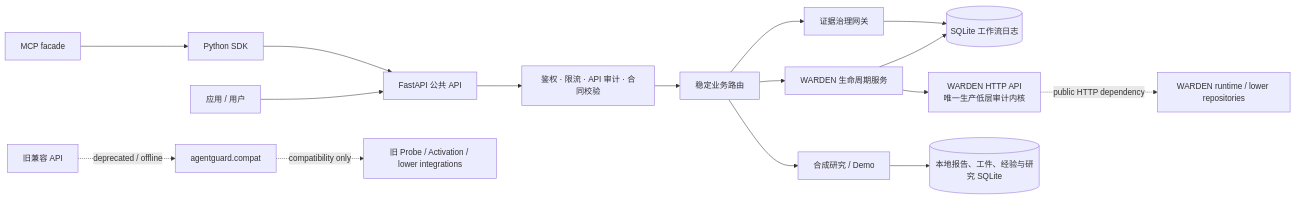
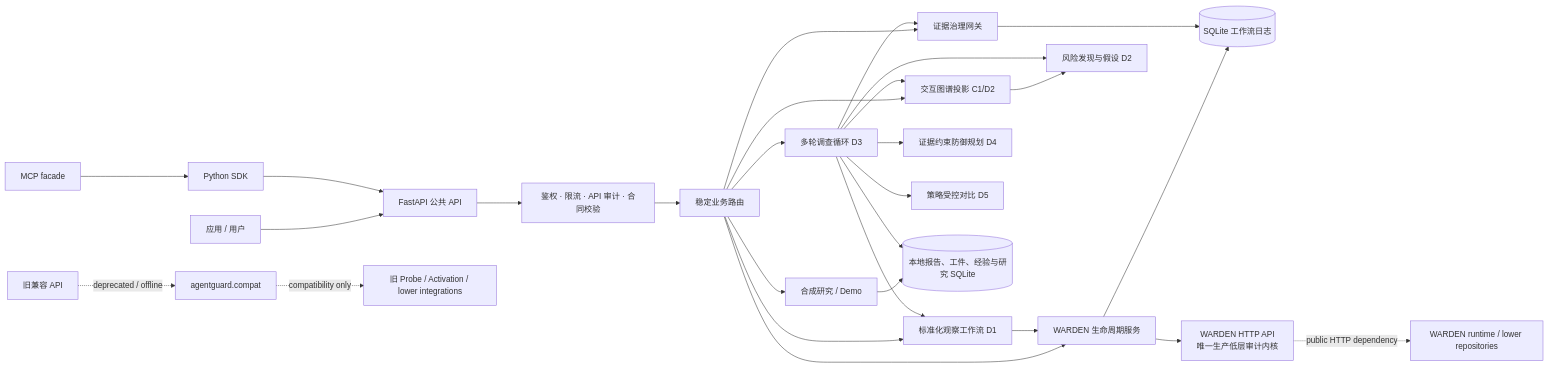
Before and after one commit to hauyer/AgentGuard: the diagram in docs/release/ARCHITECTURE.md, drawn with Mermaid. The commit also changed other lines of this file and 6 other files, not shown here.

````diff
--- a/docs/release/ARCHITECTURE.md
+++ b/docs/release/ARCHITECTURE.md
@@ -3,18 +3,28 @@
 ```mermaid
 flowchart LR
     App[应用 / 用户] --> API[FastAPI 公共 API]
     SDK[Python SDK] --> API
     MCP[MCP facade] --> SDK
     API --> Edge[鉴权 · 限流 · API 审计 · 合同校验]
     Edge --> Public[稳定业务路由]
     Public --> Lifecycle[WARDEN 生命周期服务]
     Lifecycle --> Journal[(SQLite 工作流日志)]
     Lifecycle --> Warden[WARDEN HTTP API\n唯一生产低层审计内核]
     Public --> Evidence[证据治理网关]
     Evidence --> Journal
+    Public --> Graph[交互图谱投影 C1/D2]
+    Graph --> RiskFind[风险发现与假设 D2]
+    Public --> ObsRun[标准化观察工作流 D1]
+    ObsRun --> Lifecycle
+    Public --> Loop[多轮调查循环 D3]
+    Loop --> Graph & Evidence & RiskFind
+    Loop --> ObsRun
+    Loop --> DefPlan[证据约束防御规划 D4]
+    Loop --> Eval[策略受控对比 D5]
     Public --> Synthetic[合成研究 / Demo]
     Synthetic --> Local[(本地报告、工件、经验与研究 SQLite)]
+    Loop --> Local
     Legacy[旧兼容 API] -. deprecated / offline .-> Compat[agentguard.compat]
     Compat -. compatibility only .-> Lower[旧 Probe / Activation / lower integrations]
     Warden -. public HTTP dependency .-> LowerRepos[WARDEN runtime / lower repositories]
 ```
````
